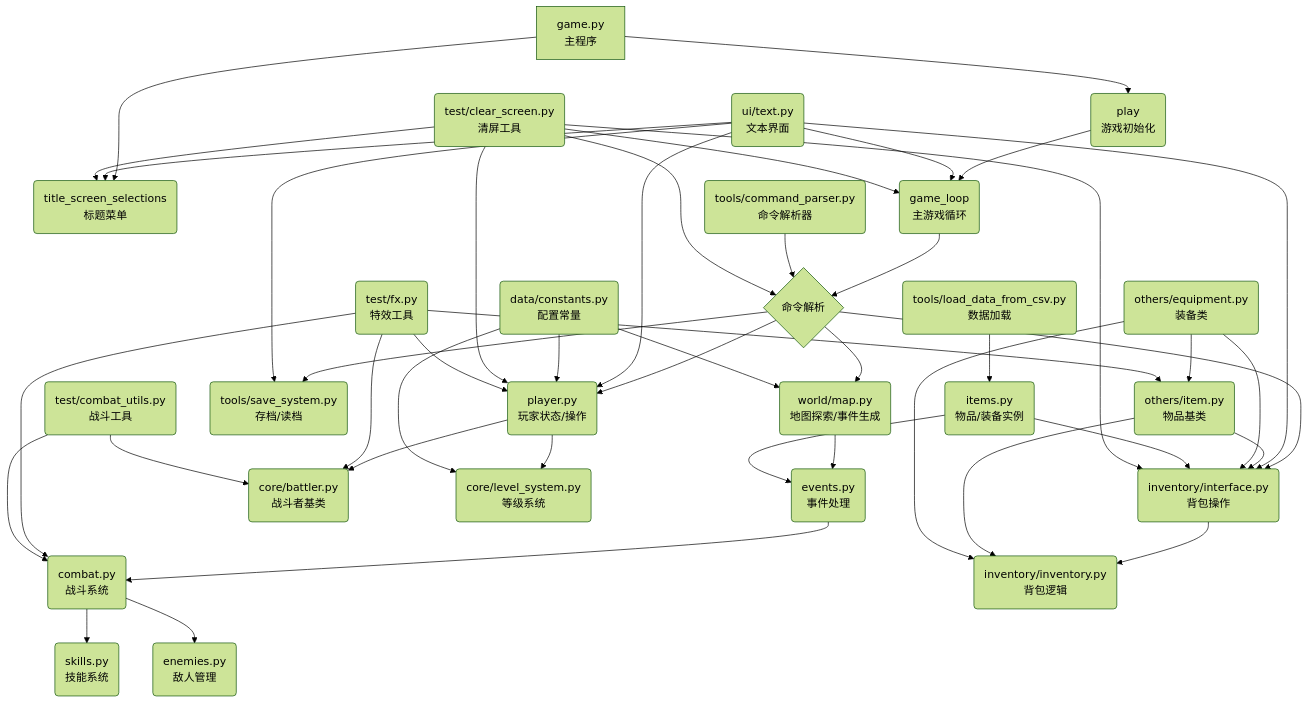
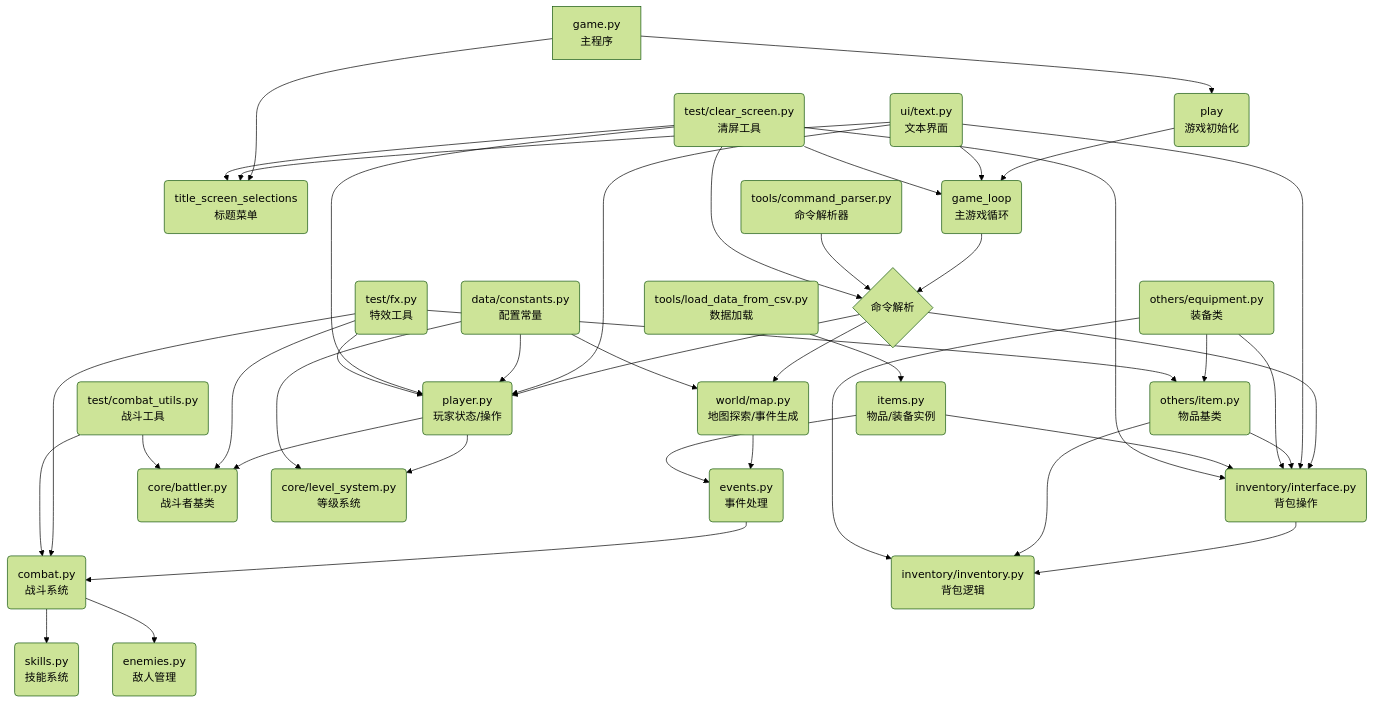
The diagram in COMPREHENSIVE_DOCUMENTATION.md (KeJWS/test_rpg_game), drawn with Mermaid (forest theme) before and after one commit. The commit also changed other lines of this file and 9 other files, not shown here.

````diff
--- a/COMPREHENSIVE_DOCUMENTATION.md
+++ b/COMPREHENSIVE_DOCUMENTATION.md
@@ -90,46 +85,44 @@
 ```mermaid
 graph TD
     A[game.py<br>主程序] --> B(title_screen_selections<br>标题菜单)
     A --> C(play<br>游戏初始化)
     C --> D(game_loop<br>主游戏循环)
     D --> E{命令解析}
     E --> F(world/map.py<br>地图探索/事件生成)
     E --> G(inventory/interface.py<br>背包操作)
     E --> H(player.py<br>玩家状态/操作)
-    E --> I(tools/save_system.py<br>存档/读档)
     F --> J(events.py<br>事件处理)
     J --> K(combat.py<br>战斗系统)
     K --> L(skills.py<br>技能系统)
     K --> M(enemies.py<br>敌人管理)
     G --> N(inventory/inventory.py<br>背包逻辑)
     H --> O(core/battler.py<br>战斗者基类)
     H --> P(core/level_system.py<br>等级系统)
     Q(ui/text.py<br>文本界面) --> B
     Q --> D
     Q --> G
     Q --> H
-    Q --> I
     R(data/constants.py<br>配置常量) --> F
     R --> H
     R --> P
     S(tools/command_parser.py<br>命令解析器) --> E
     T(others/item.py<br>物品基类) --> G
     T --> N
     U(others/equipment.py<br>装备类) --> G
     U --> N
     U --> T
     V(items.py<br>物品/装备实例) --> J
     V --> G
     W(tools/load_data_from_csv.py<br>数据加载) --> V
     X(test/clear_screen.py<br>清屏工具) --> B
     X --> D
     X --> G
     X --> H
     X --> E
     Y(test/fx.py<br>特效工具) --> H
     Y --> K
     Y --> O
     Y --> T
     Z(test/combat_utils.py<br>战斗工具) --> K
     Z --> O
 ```
````
